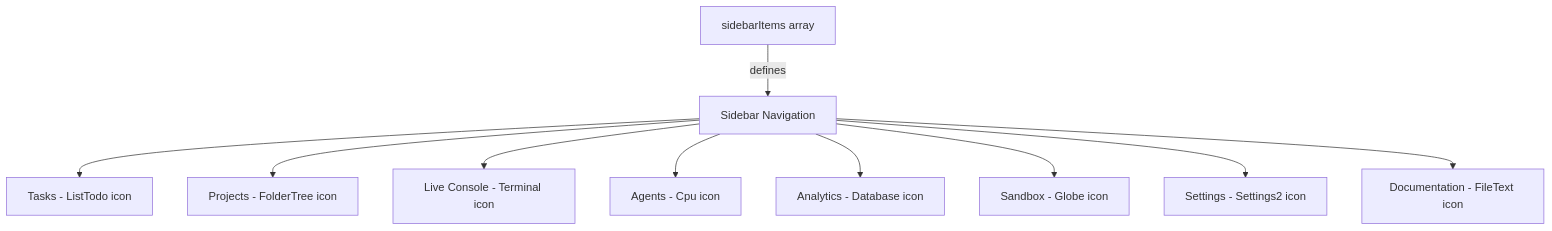
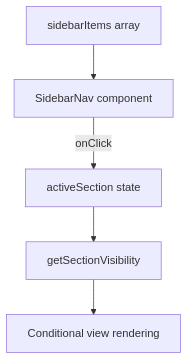
One commit to bradAGI/Orchestra changed the second of 2 diagrams in docs/frontend/components.md. Above: the diagram before and after it, drawn with Mermaid. The commit also changed other lines of this file and 22 other files, not shown here.

First line of the commit message:
docs: add config, mcp, schemas, enums, electron docs + more Go/TS doc comments

````diff
--- a/docs/frontend/components.md
+++ b/docs/frontend/components.md
@@ -64,12 +147,7 @@
 ```mermaid
 graph TD
-    SI[sidebarItems array] --> |defines| NAV[Sidebar Navigation]
-    NAV --> ISSUES[Tasks - ListTodo icon]
-    NAV --> PROJECTS[Projects - FolderTree icon]
-    NAV --> CONSOLE[Live Console - Terminal icon]
-    NAV --> AGENTS[Agents - Cpu icon]
-    NAV --> WAREHOUSE[Analytics - Database icon]
-    NAV --> SANDBOX[Sandbox - Globe icon]
-    NAV --> SETTINGS[Settings - Settings2 icon]
-    NAV --> DOCS[Documentation - FileText icon]
+    SI[sidebarItems array] --> SN[SidebarNav component]
+    SN -->|onClick| ASS[activeSection state]
+    ASS --> GSV[getSectionVisibility]
+    GSV --> CV[Conditional view rendering]
 ```
````
